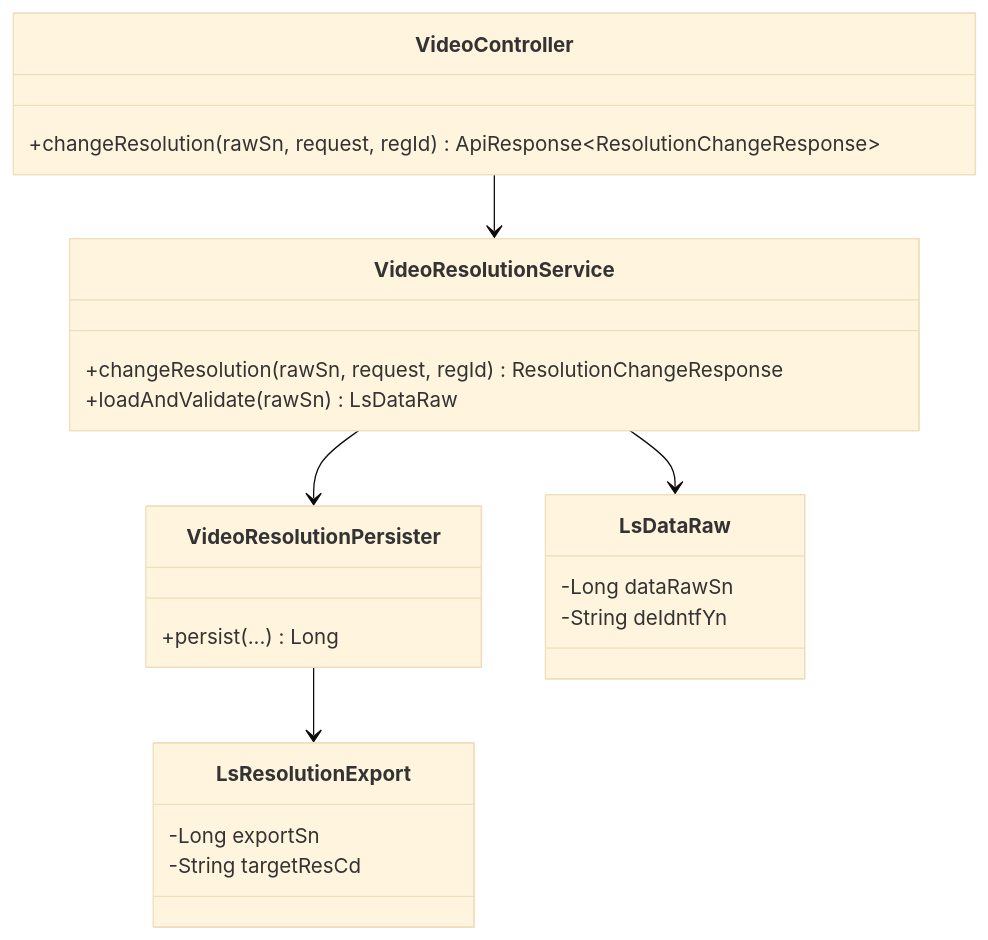
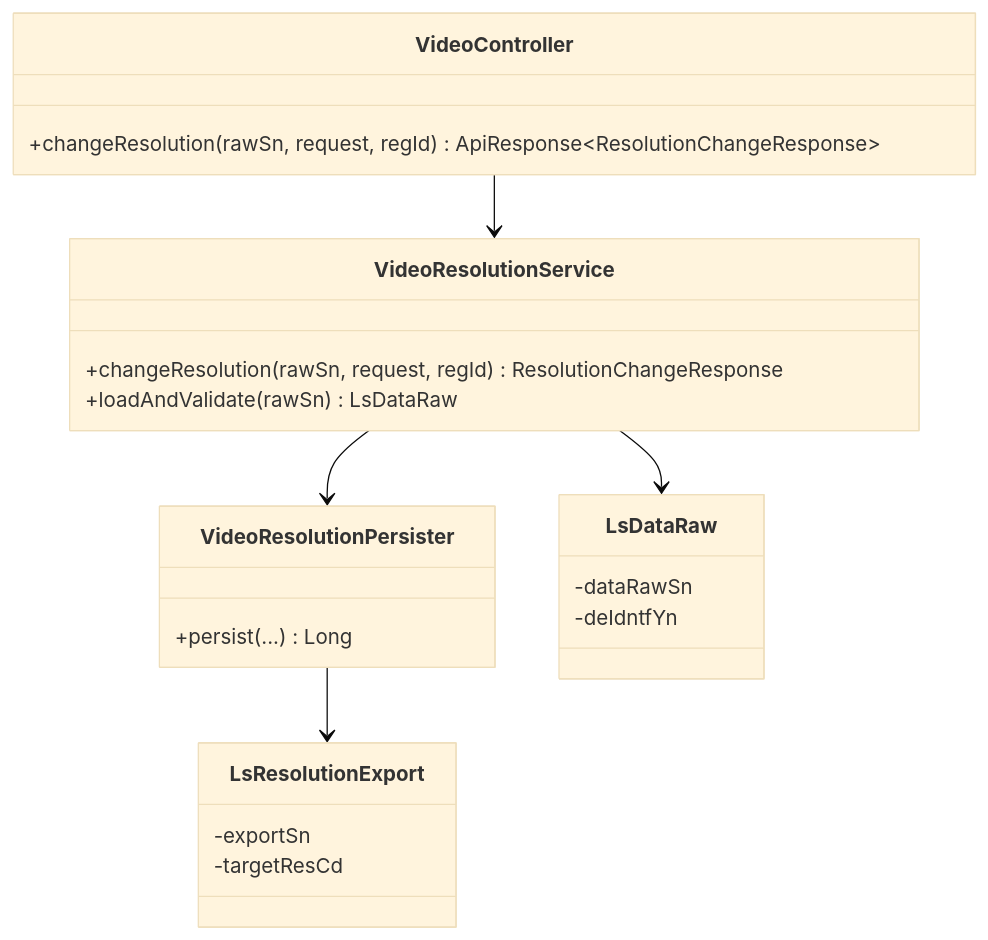
Before and after one commit to New-stella/klid-label: diagram 16 of 26 in docs/design/D1-클래스설계서.md, drawn with Mermaid (base theme). The commit also changed other lines of this file and 32 other files, not shown here.

````diff
--- a/docs/design/D1-클래스설계서.md
+++ b/docs/design/D1-클래스설계서.md
@@ -825,25 +800,25 @@
 ```mermaid
 classDiagram
     class VideoController {
         +changeResolution(rawSn, request, regId) ApiResponse~ResolutionChangeResponse~
     }
     class VideoResolutionService {
         +changeResolution(rawSn, request, regId) ResolutionChangeResponse
         +loadAndValidate(rawSn) LsDataRaw
     }
     class VideoResolutionPersister {
         +persist(...) Long
     }
     class LsResolutionExport {
-        -Long exportSn
-        -String targetResCd
+        -exportSn
+        -targetResCd
     }
     class LsDataRaw {
-        -Long dataRawSn
-        -String deIdntfYn
+        -dataRawSn
+        -deIdntfYn
     }
     VideoController --> VideoResolutionService
     VideoResolutionService --> VideoResolutionPersister
     VideoResolutionService --> LsDataRaw
     VideoResolutionPersister --> LsResolutionExport
 ```
````
